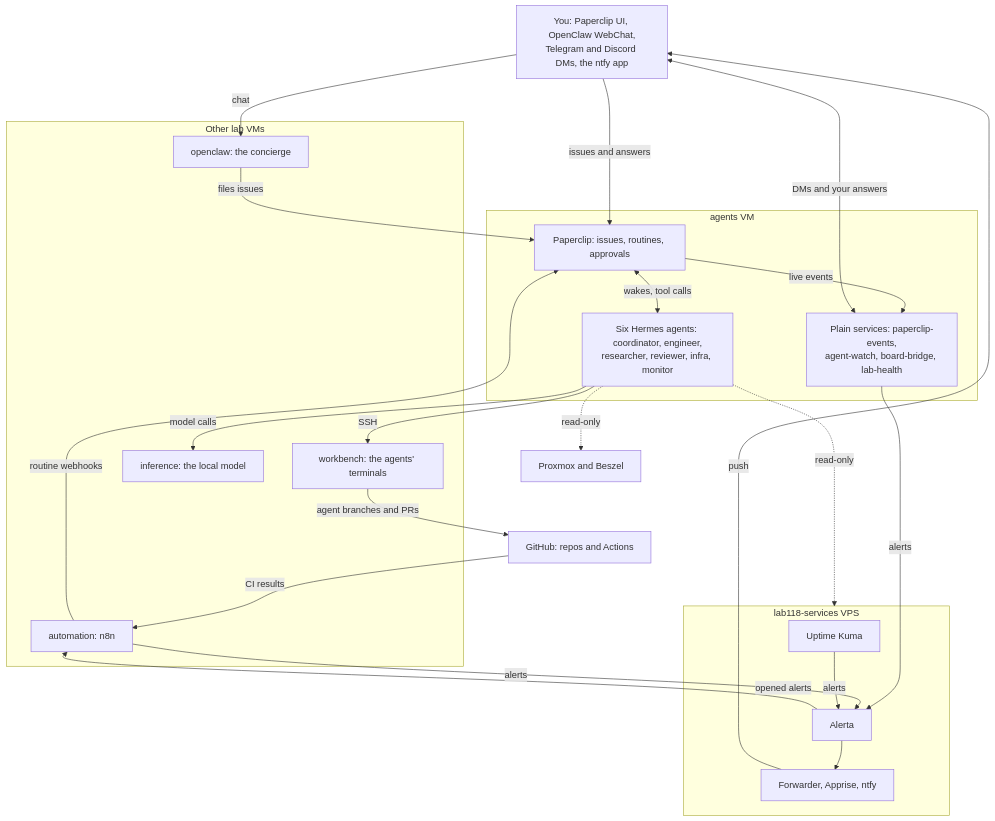
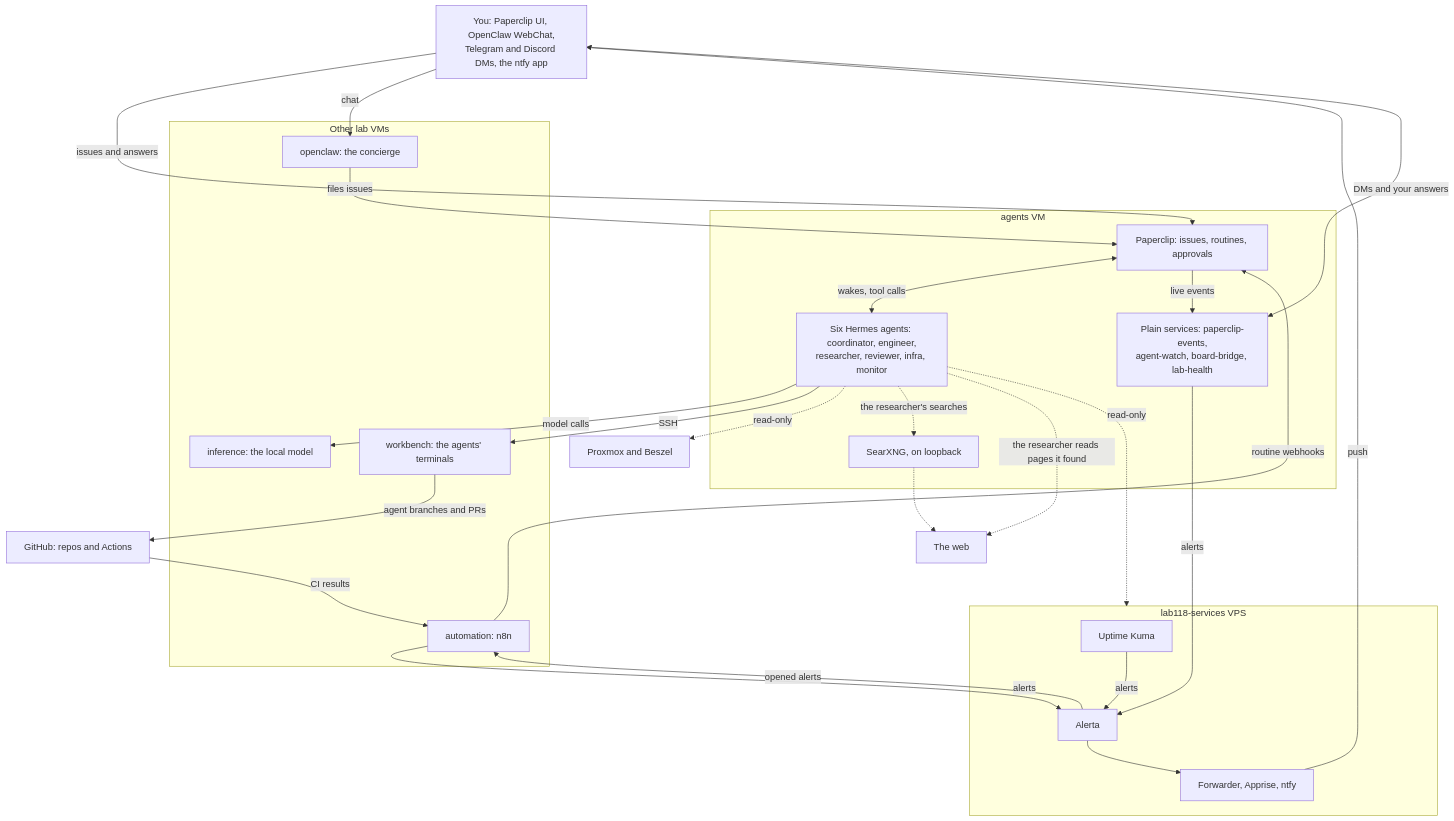
One commit to Justin-Arnold/nixconfig changed the first of 7 diagrams in docs/FLOWS.md. Above: the diagram before and after it, drawn with Mermaid. The commit also changed 13 other files, not shown here.

First line of the commit message:
Let the researcher search the web through our own SearXNG

````diff
--- a/docs/FLOWS.md
+++ b/docs/FLOWS.md
@@ -20,46 +20,51 @@
 ```mermaid
 flowchart TB
   you["You: Paperclip UI, OpenClaw WebChat,<br/>Telegram and Discord DMs, the ntfy app"]
 
   subgraph agentsvm["agents VM"]
     paperclip["Paperclip: issues, routines, approvals"]
     hermes["Six Hermes agents: coordinator, engineer,<br/>researcher, reviewer, infra, monitor"]
     services["Plain services: paperclip-events,<br/>agent-watch, board-bridge, lab-health"]
+    searxng["SearXNG, on loopback"]
   end
 
   subgraph vms["Other lab VMs"]
     concierge["openclaw: the concierge"]
     workbench["workbench: the agents' terminals"]
     inference["inference: the local model"]
     n8n["automation: n8n"]
   end
 
   subgraph lab118["lab118-services VPS"]
     kuma["Uptime Kuma"]
     alerta["Alerta"]
     delivery["Forwarder, Apprise, ntfy"]
   end
 
   github["GitHub: repos and Actions"]
   observed["Proxmox and Beszel"]
+  web["The web"]
 
   you -->|"issues and answers"| paperclip
   you -->|"chat"| concierge
   concierge -->|"files issues"| paperclip
   paperclip <-->|"wakes, tool calls"| hermes
   hermes -->|"model calls"| inference
   hermes -->|"SSH"| workbench
   workbench -->|"agent branches and PRs"| github
   hermes -.->|"read-only"| observed
   hermes -.->|"read-only"| lab118
+  hermes -.->|"the researcher's searches"| searxng
+  searxng -.-> web
+  hermes -.->|"the researcher reads pages it found"| web
   paperclip -->|"live events"| services
   services -->|"alerts"| alerta
   services <-->|"DMs and your answers"| you
   github -->|"CI results"| n8n
   n8n -->|"routine webhooks"| paperclip
   n8n -->|"alerts"| alerta
   kuma -->|"alerts"| alerta
   alerta -->|"opened alerts"| n8n
   alerta --> delivery
   delivery -->|"push"| you
 ```
````
